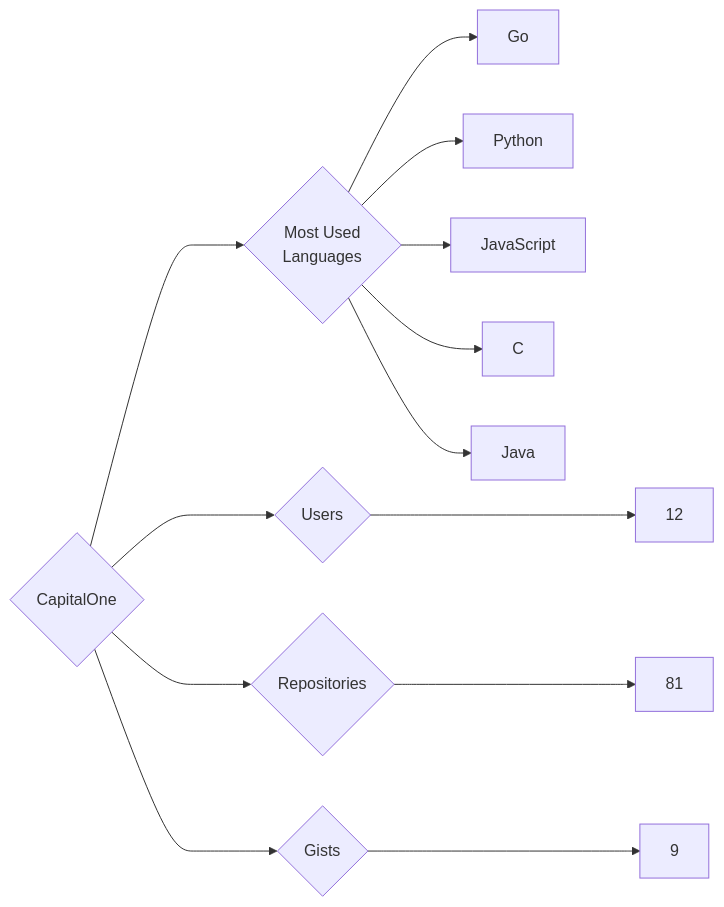
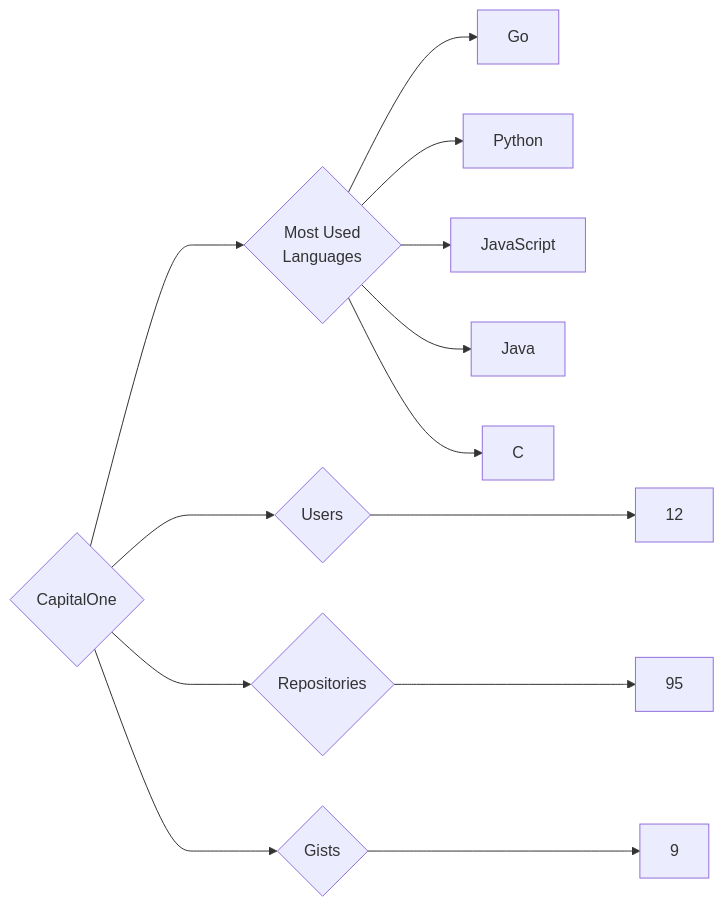
Before and after one commit to trickest/insiders: the diagram in targets/CapitalOne/README.md, drawn with Mermaid. The commit also changed 718 other files, not shown here.

````diff
--- a/targets/CapitalOne/README.md
+++ b/targets/CapitalOne/README.md
@@ -3,13 +3,13 @@
 ```mermaid
 graph LR
 COMPANY_NAME{CapitalOne}
 COMPANY_NAME ---> U{Users} ---> UN[12]
-COMPANY_NAME ---> R{Repositories} ---> RN[81]
+COMPANY_NAME ---> R{Repositories} ---> RN[95]
 COMPANY_NAME ---> G{Gists} ---> GN[9]
 COMPANY_NAME ---> ML{Most Used<br>Languages}
 ML --> Go[Go]
 ML --> Python[Python]
 ML --> JavaScript[JavaScript]
+ML --> Java[Java]
 ML --> C[C]
-ML --> Java[Java]
 ```
````
